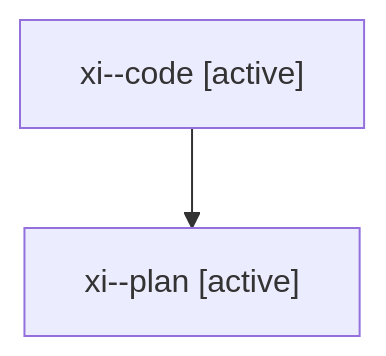
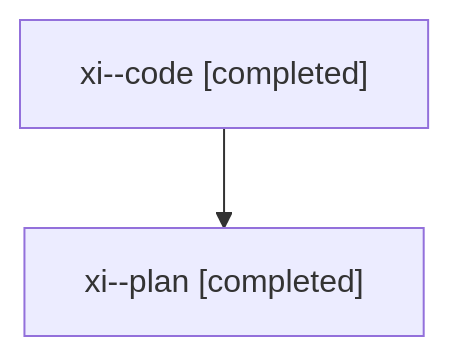
One commit to sase-org/sase--agents changed the diagram in families/bbugyi200.athena.xi.md. Above: the diagram before and after it, drawn with Mermaid. The commit also changed other lines of this file and 2170 other files, not shown here.

````diff
--- a/families/bbugyi200.athena.xi.md
+++ b/families/bbugyi200.athena.xi.md
@@ -9,6 +9,6 @@
 ```mermaid
 flowchart TD
-  n0["xi--code [active]"]
-  n1["xi--plan [active]"]
+  n0["xi--code [completed]"]
+  n1["xi--plan [completed]"]
   n0 --> n1
 ```
````
